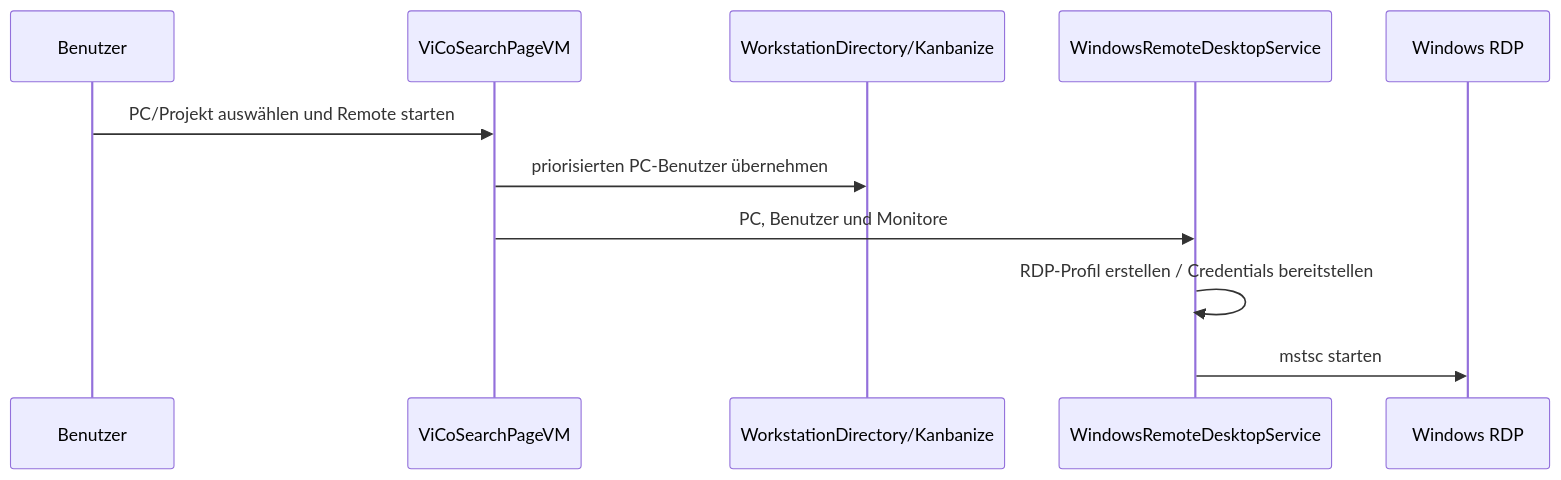
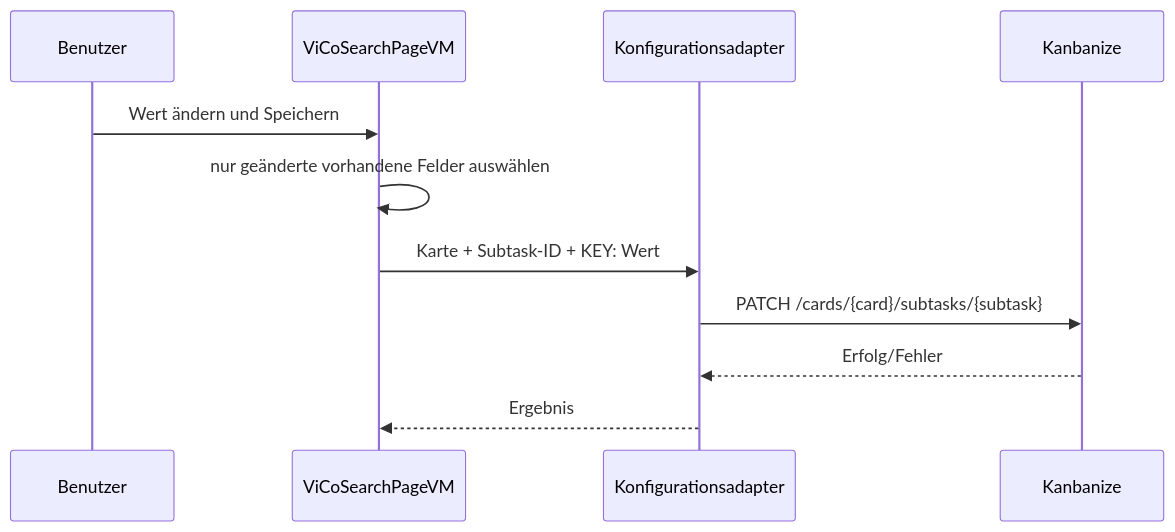
One commit to Marbest4/VIBN_Tools_integratedVico changed the second of 6 diagrams in docs/DATENFLUESSE.md. Above: the diagram before and after it, drawn with Mermaid. The commit also changed other lines of this file and 72 other files, not shown here.

````diff
--- a/docs/DATENFLUESSE.md
+++ b/docs/DATENFLUESSE.md
@@ -19,13 +21,13 @@
 ```mermaid
 sequenceDiagram
     participant U as Benutzer
     participant VM as ViCoSearchPageVM
-    participant C as WorkstationDirectory/Kanbanize
-    participant R as WindowsRemoteDesktopService
-    participant W as Windows RDP
-    U->>VM: PC/Projekt auswählen und Remote starten
-    VM->>C: priorisierten PC-Benutzer übernehmen
-    VM->>R: PC, Benutzer und Monitore
-    R->>R: RDP-Profil erstellen / Credentials bereitstellen
-    R->>W: mstsc starten
+    participant C as Konfigurationsadapter
+    participant K as Kanbanize
+    U->>VM: Wert ändern und Speichern
+    VM->>VM: nur geänderte vorhandene Felder auswählen
+    VM->>C: Karte + Subtask-ID + KEY: Wert
+    C->>K: PATCH /cards/{card}/subtasks/{subtask}
+    K-->>C: Erfolg/Fehler
+    C-->>VM: Ergebnis
 ```
````
